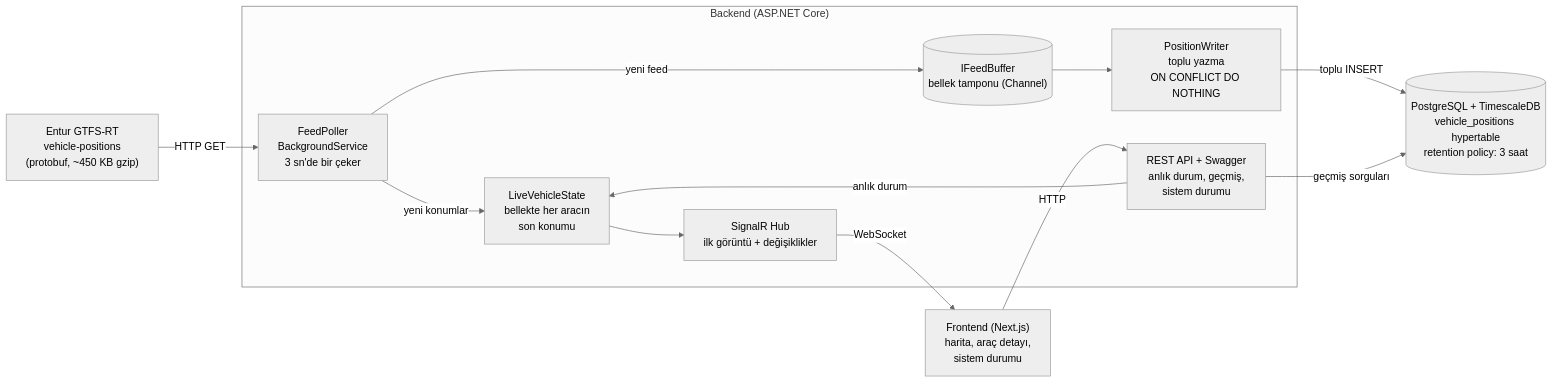
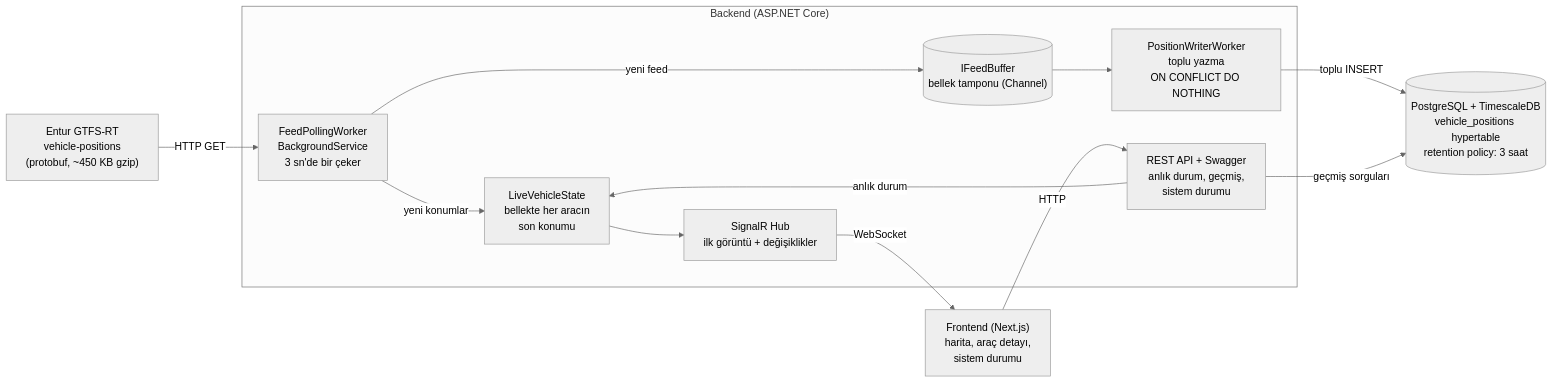
The diagram in docs/architecture.md (onreyl/canli-arac-takip), drawn with Mermaid (neutral theme) before and after one commit. The commit also changed other lines of this file and 4 other files, not shown here.

Commit message:
docs: sync architecture, limitations and frontend decisions with code

````diff
--- a/docs/architecture.md
+++ b/docs/architecture.md
@@ -5,27 +5,27 @@
 ```mermaid
 flowchart LR
     Entur["Entur GTFS-RT<br/>vehicle-positions<br/>(protobuf, ~450 KB gzip)"]
 
     subgraph Backend["Backend (ASP.NET Core)"]
-        Poller["FeedPoller<br/>BackgroundService<br/>3 sn'de bir çeker"]
+        Poller["FeedPollingWorker<br/>BackgroundService<br/>3 sn'de bir çeker"]
         Buffer[("IFeedBuffer<br/>bellek tamponu (Channel)")]
-        Writer["PositionWriter<br/>toplu yazma<br/>ON CONFLICT DO NOTHING"]
+        Writer["PositionWriterWorker<br/>toplu yazma<br/>ON CONFLICT DO NOTHING"]
         Live["LiveVehicleState<br/>bellekte her aracın<br/>son konumu"]
         Hub["SignalR Hub<br/>ilk görüntü + değişiklikler"]
         Api["REST API + Swagger<br/>anlık durum, geçmiş,<br/>sistem durumu"]
     end
 
     DB[("PostgreSQL + TimescaleDB<br/>vehicle_positions hypertable<br/>retention policy: 3 saat")]
     Web["Frontend (Next.js)<br/>harita, araç detayı,<br/>sistem durumu"]
 
     Entur -- "HTTP GET" --> Poller
     Poller -- "yeni feed" --> Buffer
     Buffer --> Writer
     Writer -- "toplu INSERT" --> DB
     Poller -- "yeni konumlar" --> Live
     Live --> Hub
     Hub -- "WebSocket" --> Web
     Api -- "geçmiş sorguları" --> DB
     Api -- "anlık durum" --> Live
     Web -- "HTTP" --> Api
 ```
````
